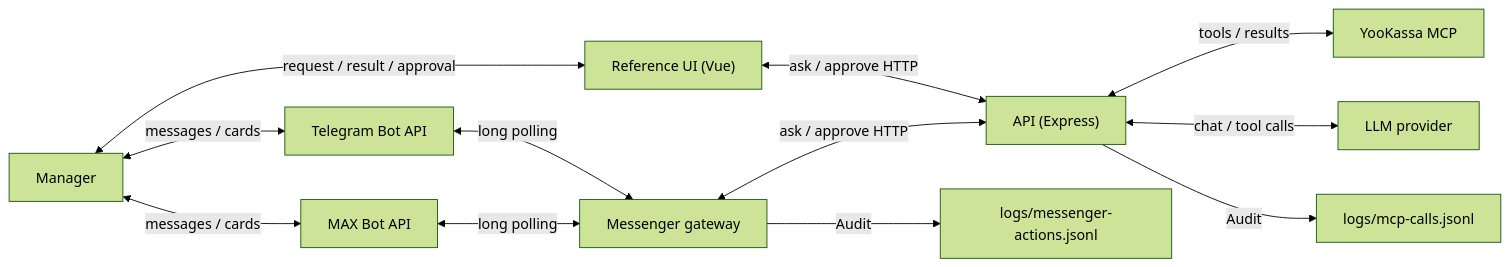
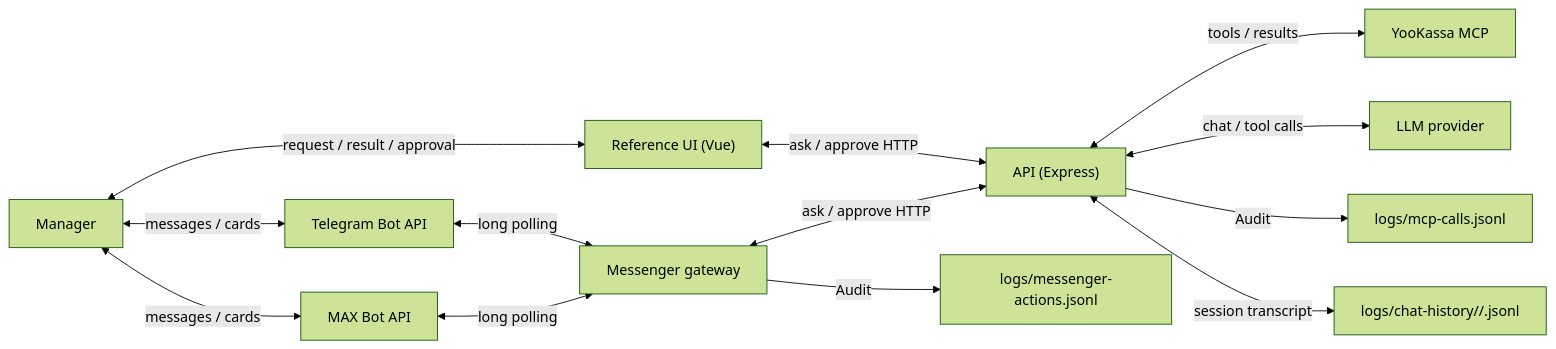
The diagram in docs/architecture.md (alekstar79/ykassa-mcp-integrator), drawn with Mermaid (forest theme) before and after one commit. The commit also changed other lines of this file and 62 other files, not shown here.

Commit message:
feat: improve client workflows and chat experience

````diff
--- a/docs/architecture.md
+++ b/docs/architecture.md
@@ -5,14 +5,15 @@
 ```mermaid
 flowchart LR
     Manager["Manager"] <-->|request / result / approval| UI["Reference UI (Vue)"]
     UI <-->|ask / approve HTTP| API["API (Express)"]
     Manager <-->|messages / cards| TG["Telegram Bot API"]
     TG <-->|long polling| Gateway["Messenger gateway"]
     Manager <-->|messages / cards| MAX["MAX Bot API"]
     MAX <-->|long polling| Gateway
     Gateway <-->|ask / approve HTTP| API
     API <-->|tools / results| MCP["YooKassa MCP"]
     API <-->|chat / tool calls| LLM["LLM provider"]
     API -->|Audit| Logs["logs/mcp-calls.jsonl"]
+    API <-->|session transcript| History["logs/chat-history/<client>/<session>.jsonl"]
     Gateway -->|Audit| MessengerLogs["logs/messenger-actions.jsonl"]
 ```
````
